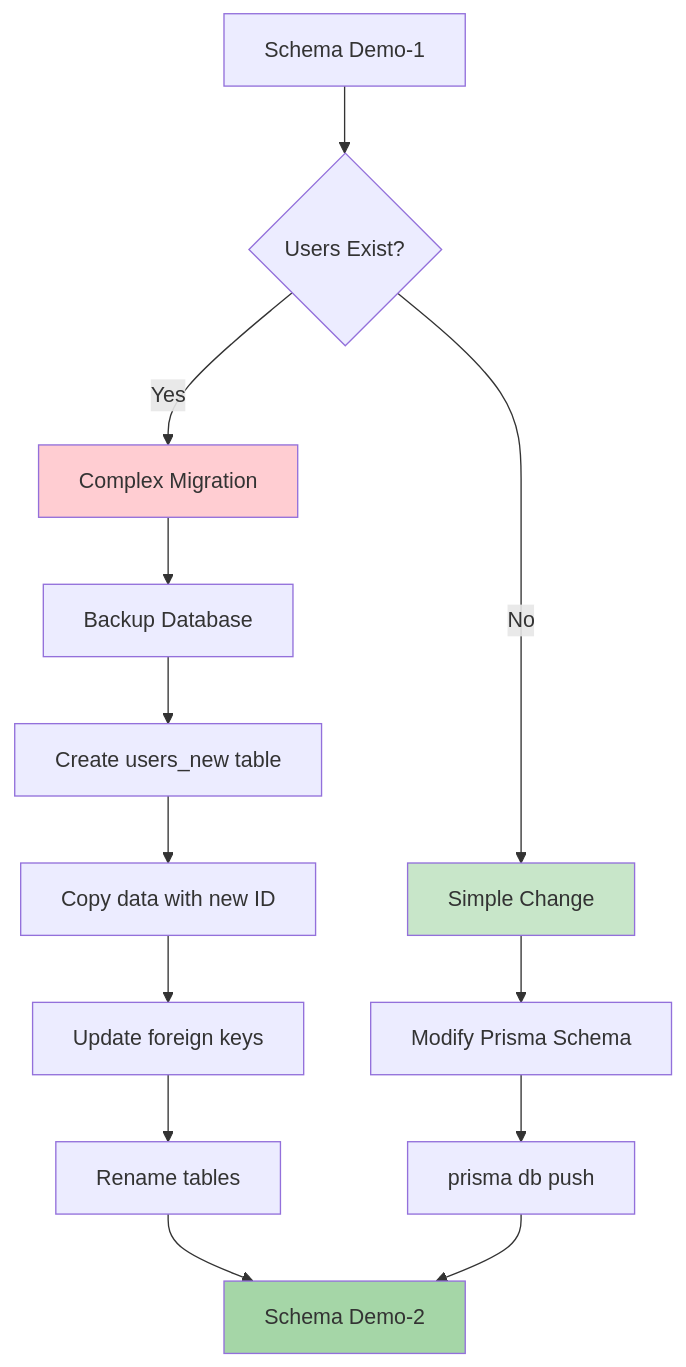
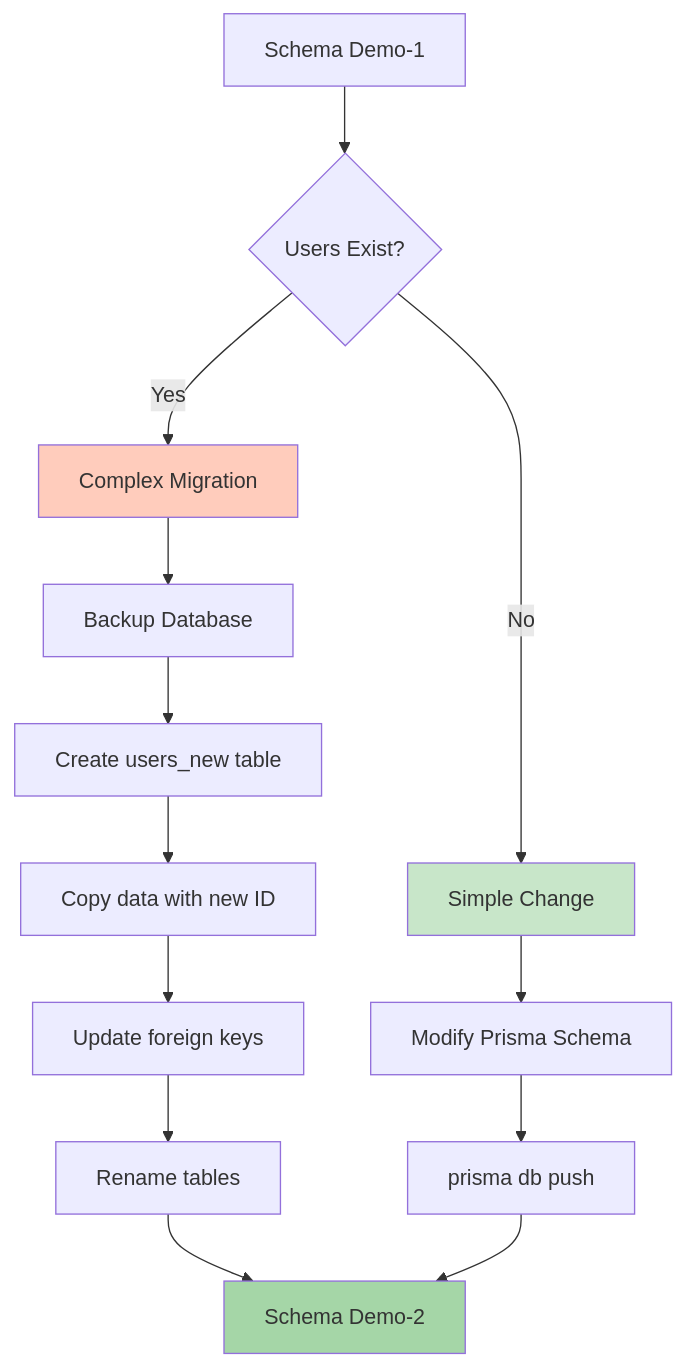
Diagram 32 of 39 in 02-DIAGRAMMES_ARCHITECTURES.md (inskillflow/auths-1-NEXTJS-introduction), drawn with Mermaid before and after one commit. The commit also changed other lines of this file, not shown here.

````diff
--- a/02-DIAGRAMMES_ARCHITECTURES.md
+++ b/02-DIAGRAMMES_ARCHITECTURES.md
@@ -1033,22 +1033,22 @@
 ```mermaid
 graph TB
     START[Schema Demo-1] --> CHECK{Users Exist?}
     
     CHECK -->|Yes| COMPLEX[Complex Migration]
     CHECK -->|No| SIMPLE[Simple Change]
     
     COMPLEX --> BACKUP[Backup Database]
     BACKUP --> CREATE_NEW[Create users_new table]
     CREATE_NEW --> COPY[Copy data with new ID]
     COPY --> UPDATE_FK[Update foreign keys]
     UPDATE_FK --> RENAME[Rename tables]
     RENAME --> END[Schema Demo-2]
     
     SIMPLE --> MODIFY[Modify Prisma Schema]
     MODIFY --> PUSH[prisma db push]
     PUSH --> END
     
-    style COMPLEX fill:#ffcdd2
+    style COMPLEX fill:#ffccbc
     style SIMPLE fill:#c8e6c9
     style END fill:#a5d6a7
 ```
````
